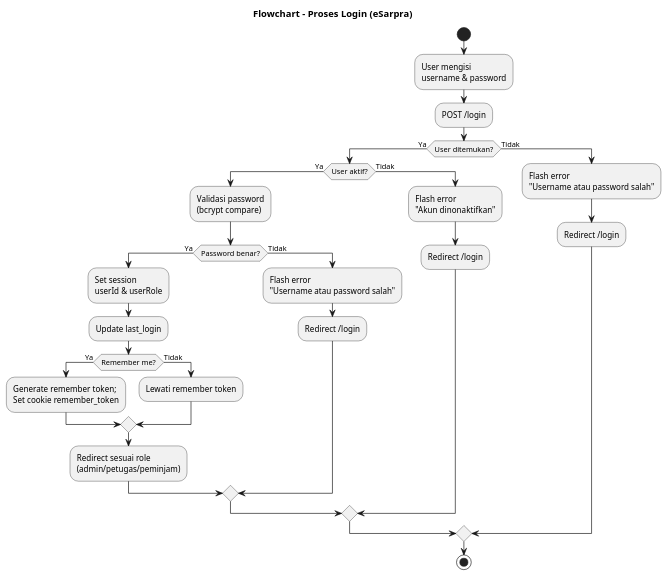
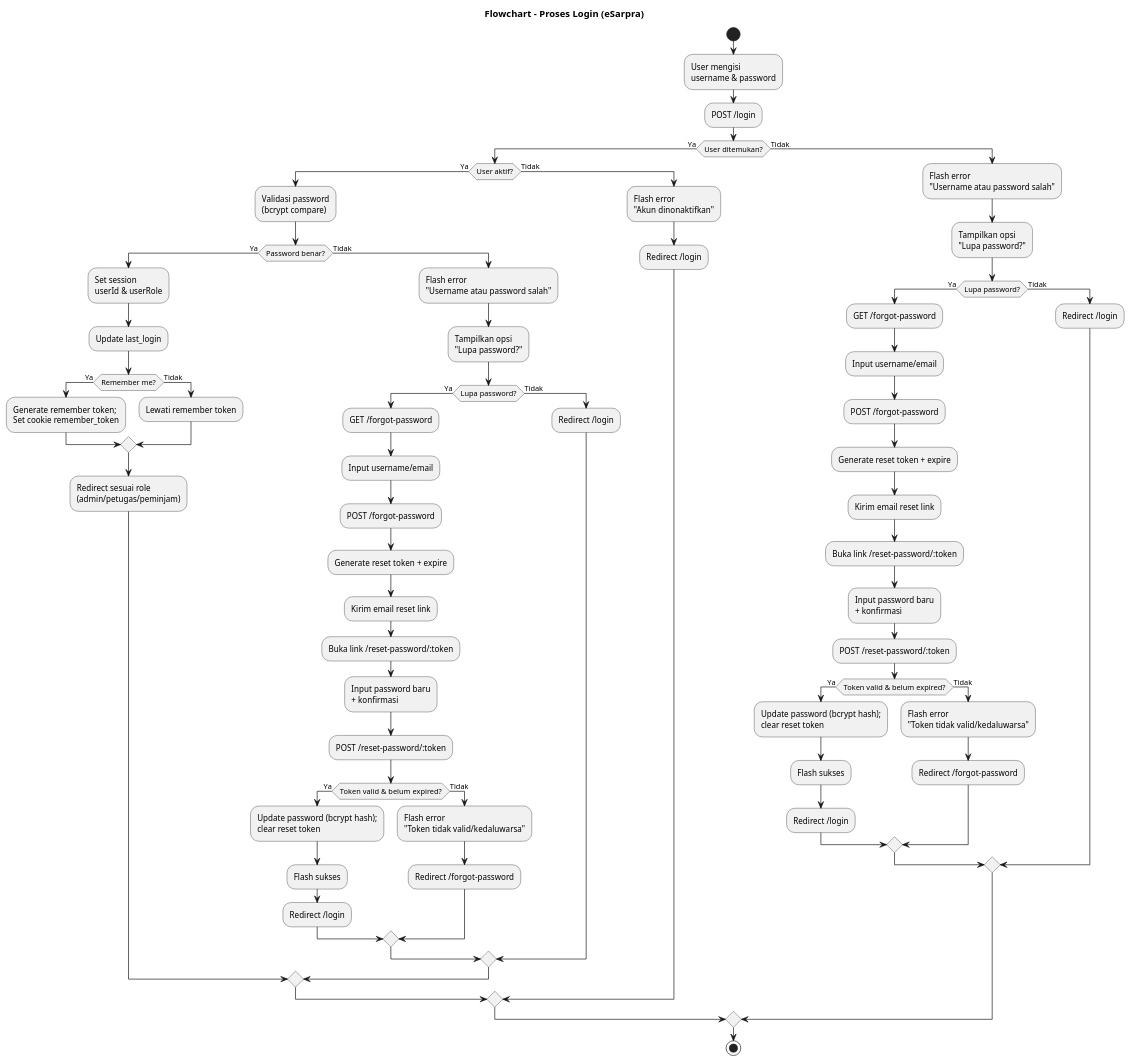
The diagram in docs/uml/login-flowchart.puml (farsy06/ukk), drawn with PlantUML before and after one commit. The commit also changed 28 other files, not shown here.

First line of the commit message:
feat(auth): implement password reset functionality

```diff
--- a/docs/uml/login-flowchart.puml
+++ b/docs/uml/login-flowchart.puml
@@ -1,34 +1,74 @@
 @startuml
 title Flowchart - Proses Login (eSarpra)
 
 start
 :User mengisi\nusername & password;
 :POST /login;
 
 if (User ditemukan?) then (Ya)
   if (User aktif?) then (Ya)
   :Validasi password\n(bcrypt compare);
   if (Password benar?) then (Ya)
     :Set session\nuserId & userRole;
     :Update last_login;
     if (Remember me?) then (Ya)
       :Generate remember token;\nSet cookie remember_token;
     else (Tidak)
       :Lewati remember token;
     endif
     :Redirect sesuai role\n(admin/petugas/peminjam);
   else (Tidak)
     :Flash error\n"Username atau password salah";
-    :Redirect /login;
+    :Tampilkan opsi\n"Lupa password?";
+    if (Lupa password?) then (Ya)
+      :GET /forgot-password;
+      :Input username/email;
+      :POST /forgot-password;
+      :Generate reset token + expire;
+      :Kirim email reset link;
+      :Buka link /reset-password/:token;
+      :Input password baru\n+ konfirmasi;
+      :POST /reset-password/:token;
+      if (Token valid & belum expired?) then (Ya)
+        :Update password (bcrypt hash);\nclear reset token;
+        :Flash sukses;
+        :Redirect /login;
+      else (Tidak)
+        :Flash error\n"Token tidak valid/kedaluwarsa";
+        :Redirect /forgot-password;
+      endif
+    else (Tidak)
+      :Redirect /login;
+    endif
   endif
   else (Tidak)
     :Flash error\n"Akun dinonaktifkan";
     :Redirect /login;
   endif
 else (Tidak)
   :Flash error\n"Username atau password salah";
-  :Redirect /login;
+  :Tampilkan opsi\n"Lupa password?";
+  if (Lupa password?) then (Ya)
+    :GET /forgot-password;
+    :Input username/email;
+    :POST /forgot-password;
+    :Generate reset token + expire;
+    :Kirim email reset link;
+    :Buka link /reset-password/:token;
+    :Input password baru\n+ konfirmasi;
+    :POST /reset-password/:token;
+    if (Token valid & belum expired?) then (Ya)
+      :Update password (bcrypt hash);\nclear reset token;
+      :Flash sukses;
+      :Redirect /login;
+    else (Tidak)
+      :Flash error\n"Token tidak valid/kedaluwarsa";
+      :Redirect /forgot-password;
+    endif
+  else (Tidak)
+    :Redirect /login;
+  endif
 endif
 
 stop
 @enduml
```
